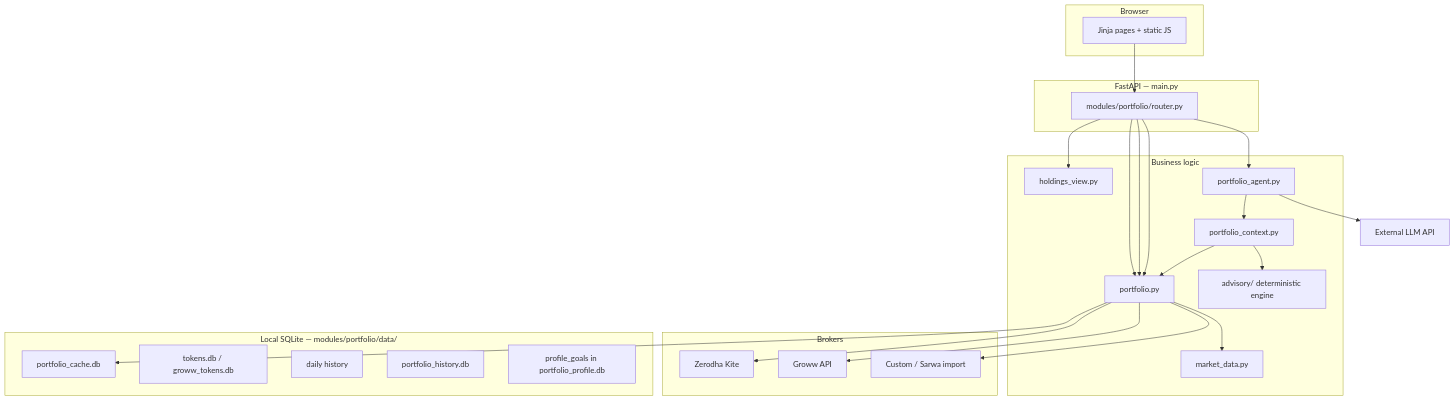
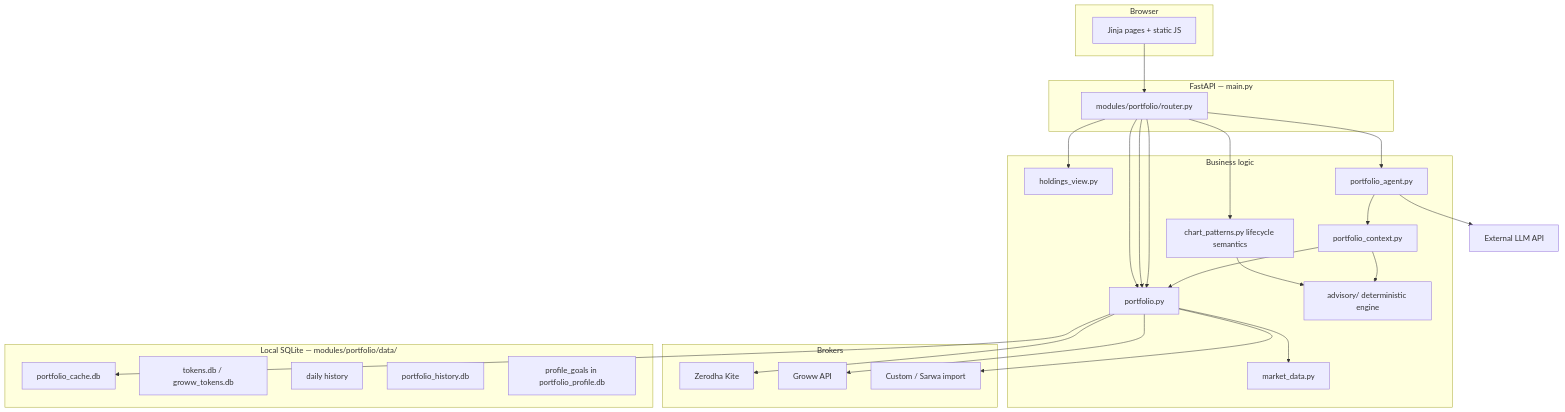
One commit to ab9bhatia/talk-to-my-portfolio changed the diagram in code_flow_and_index.md. Above: the diagram before and after it, drawn with Mermaid. The commit also changed other lines of this file and 20 other files, not shown here.

````diff
--- a/code_flow_and_index.md
+++ b/code_flow_and_index.md
@@ -11,39 +11,42 @@
 ```mermaid
 flowchart TB
   subgraph client [Browser]
     UI[Jinja pages + static JS]
   end
   subgraph app [FastAPI — main.py]
     R[modules/portfolio/router.py]
   end
   subgraph services [Business logic]
     PF[portfolio.py]
     HV[holdings_view.py]
     MD[market_data.py]
+    PAT[chart_patterns.py lifecycle semantics]
     ADV[advisory/ deterministic engine]
     CTX[portfolio_context.py]
     AG[portfolio_agent.py]
   end
   subgraph brokers [Brokers]
     Z[Zerodha Kite]
     G[Groww API]
     C[Custom / Sarwa import]
   end
   subgraph data [Local SQLite — modules/portfolio/data/]
     CACHE[portfolio_cache.db]
     TOKENS[tokens.db / groww_tokens.db]
     DAILY[daily history]
     WEEKLY[portfolio_history.db]
     GOALS[profile_goals in portfolio_profile.db]
   end
   UI --> R
   R --> PF --> Z
   R --> PF --> G
   R --> PF --> C
   PF --> MD
+  R --> PAT
+  PAT --> ADV
   PF --> CACHE
   R --> HV
   R --> AG --> CTX --> PF
   CTX --> ADV
   AG --> LLM[External LLM API]
 ```
````
